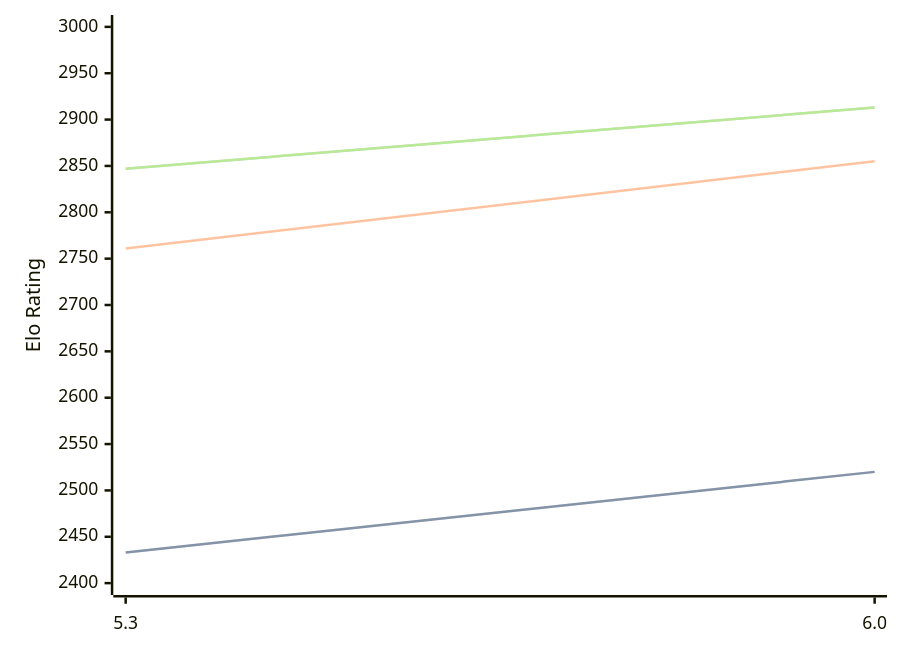
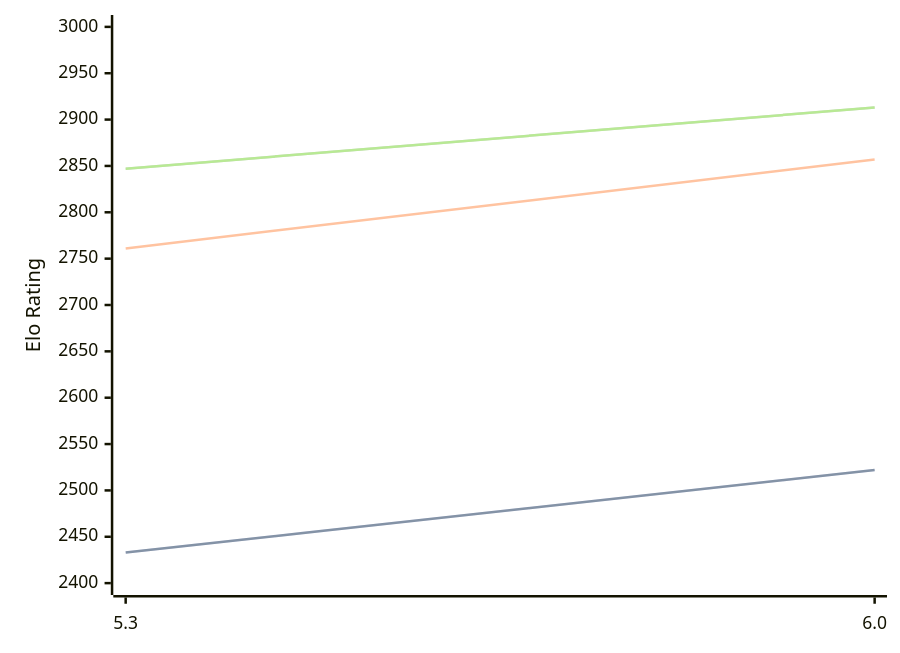
One commit to computer-chess-index/cci changed the diagram in engines/tomitankChess.md. Above: the diagram before and after it, drawn with Mermaid. The commit also changed other lines of this file, not shown here.

Commit message:
Update CCI Ratings (ELO VLTC) - 2026-04-19

````diff
--- a/engines/tomitankChess.md
+++ b/engines/tomitankChess.md
@@ -40,11 +40,11 @@
 ```mermaid
 %%{init: {"theme":"base","themeVariables":{"seriesColors:['#a3a3a3','#222221','#faa371']}}}%%
 xychart-beta
   x-axis ["5.3", "6.0"]
   y-axis "Elo Rating" 2400 --> 3000
-  line "STC (8.0+0.08s)" [2433, 2520]
-  line "STC (8.0+0.08s)" [2433, 2520]
-  line "LTC (60.0+0.60s)" [2761, 2855]
+  line "STC (8.0+0.08s)" [2433, 2522]
+  line "STC (8.0+0.08s)" [2433, 2522]
+  line "LTC (60.0+0.60s)" [2761, 2857]
   line "VLTC (2m24s+1.12s)" [2847, 2913]
   line "VLTC (2m24s+1.12s)" [2847, 2913]
 ```
````
